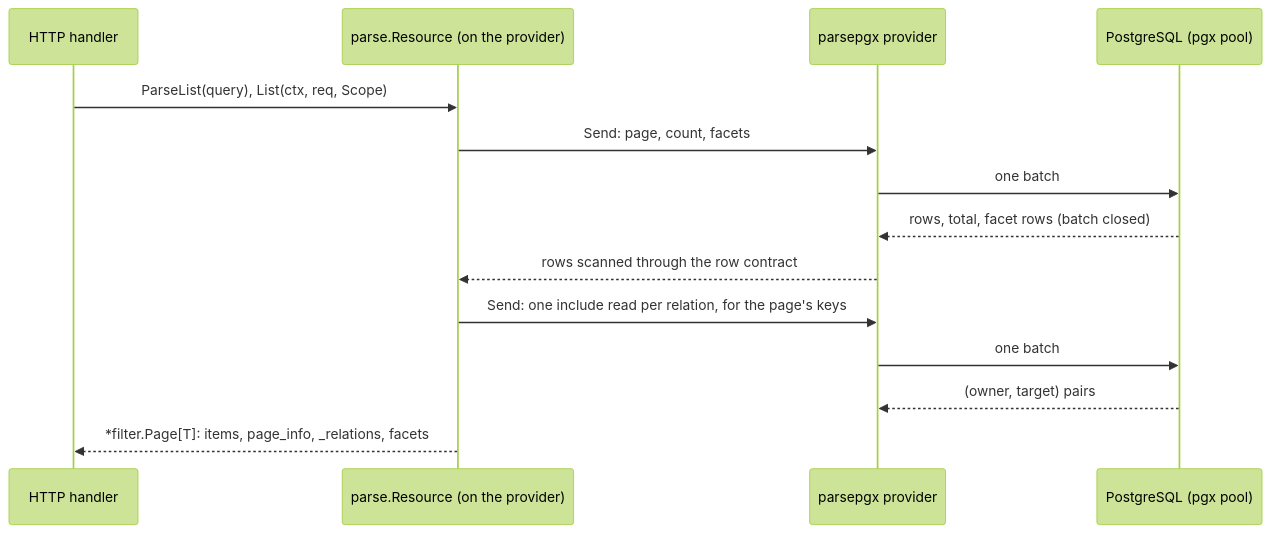
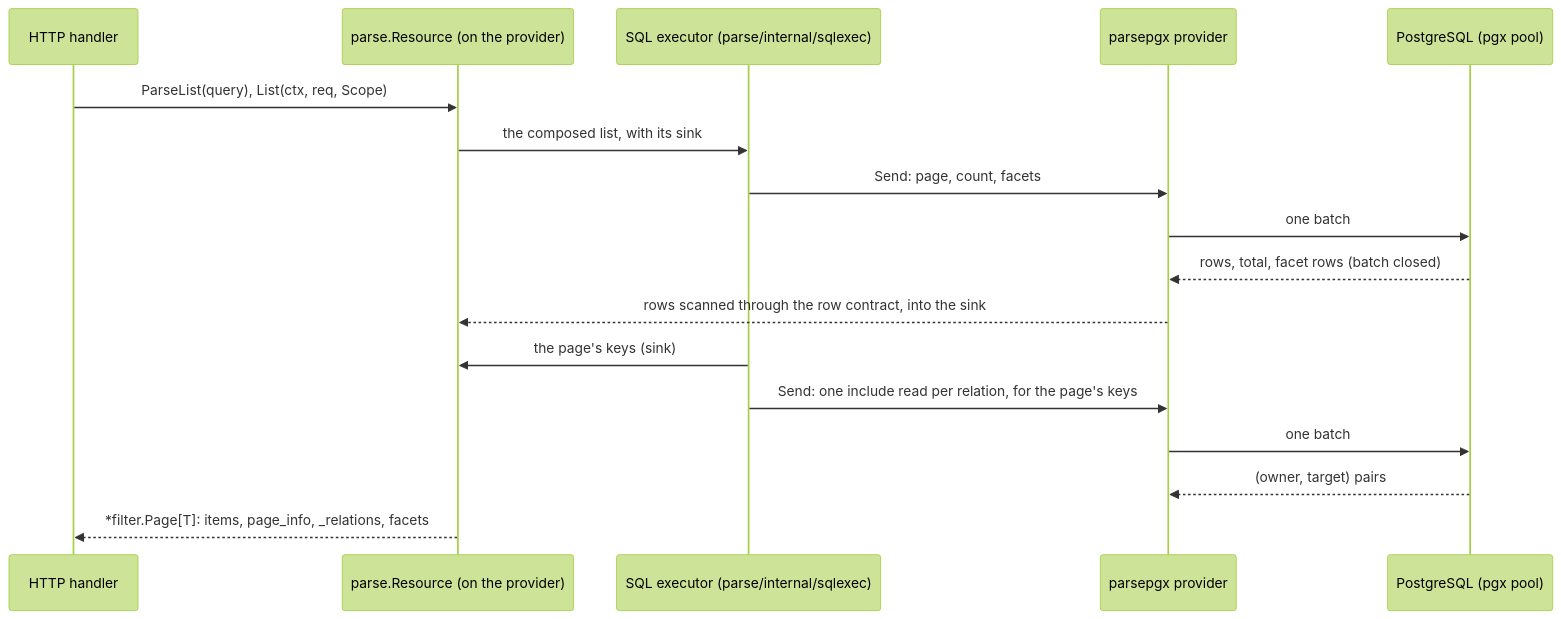
Before and after one commit to ashtonian/pkg: the diagram in parse/parsepgx/README.md, drawn with Mermaid (forest theme). The commit also changed other lines of this file and 30 other files, not shown here.

````diff
--- a/parse/parsepgx/README.md
+++ b/parse/parsepgx/README.md
@@ -47,16 +47,19 @@
 ```mermaid
 sequenceDiagram
     participant H as HTTP handler
     participant R as parse.Resource (on the provider)
+    participant E as SQL executor (parse/internal/sqlexec)
     participant P as parsepgx provider
     participant PG as PostgreSQL (pgx pool)
     H->>R: ParseList(query), List(ctx, req, Scope)
-    R->>P: Send: page, count, facets
+    R->>E: the composed list, with its sink
+    E->>P: Send: page, count, facets
     P->>PG: one batch
     PG-->>P: rows, total, facet rows (batch closed)
-    P-->>R: rows scanned through the row contract
-    R->>P: Send: one include read per relation, for the page's keys
+    P-->>R: rows scanned through the row contract, into the sink
+    E->>R: the page's keys (sink)
+    E->>P: Send: one include read per relation, for the page's keys
     P->>PG: one batch
     PG-->>P: (owner, target) pairs
     R-->>H: *filter.Page[T]: items, page_info, _relations, facets
 ```
````
